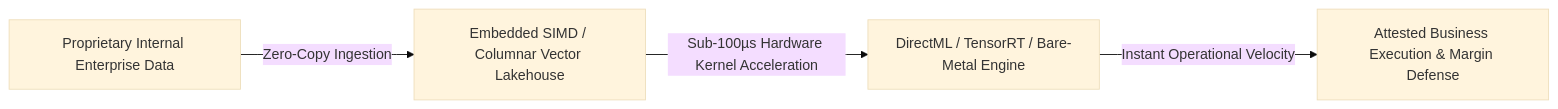
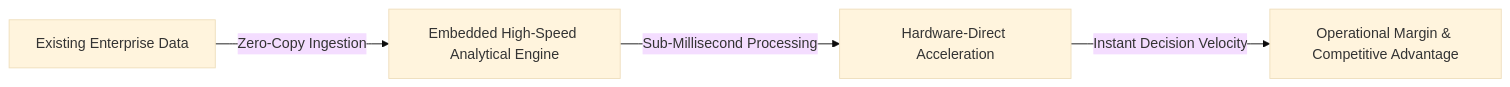
The diagram in README.md (adamscarmccoy-boop/adamscarmccoy-boop), drawn with Mermaid (base theme) before and after one commit. The commit also changed other lines of this file, not shown here.

````diff
--- a/README.md
+++ b/README.md
@@ -46,6 +47,6 @@
 ```mermaid
 graph LR
-    A[Proprietary Internal Enterprise Data] -->|Zero-Copy Ingestion| B[Embedded SIMD / Columnar Vector Lakehouse]
-    B -->|Sub-100µs Hardware Kernel Acceleration| C[DirectML / TensorRT / Bare-Metal Engine]
-    C -->|Instant Operational Velocity| D[Attested Business Execution & Margin Defense]
+    A[Existing Enterprise Data] -->|Zero-Copy Ingestion| B[Embedded High-Speed Analytical Engine]
+    B -->|Sub-Millisecond Processing| C[Hardware-Direct Acceleration]
+    C -->|Instant Decision Velocity| D[Operational Margin & Competitive Advantage]
 ```
````
